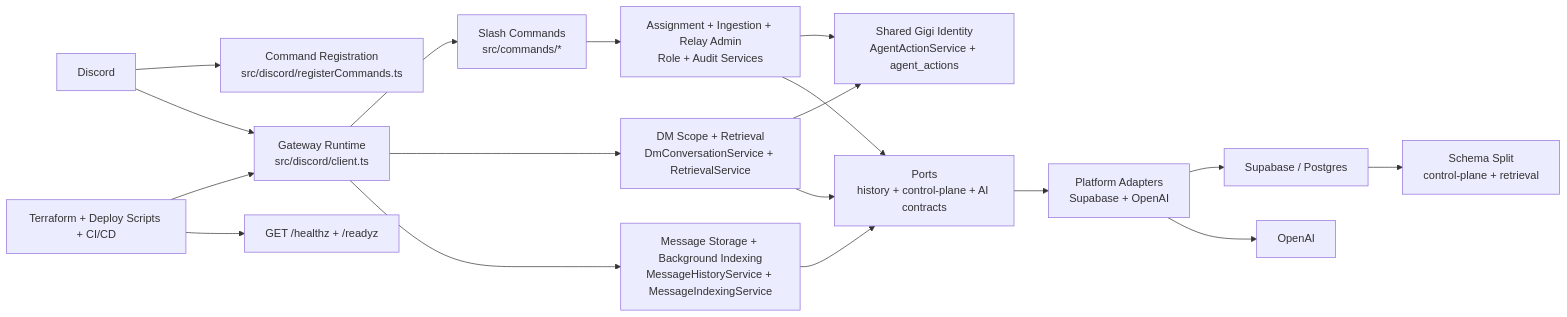
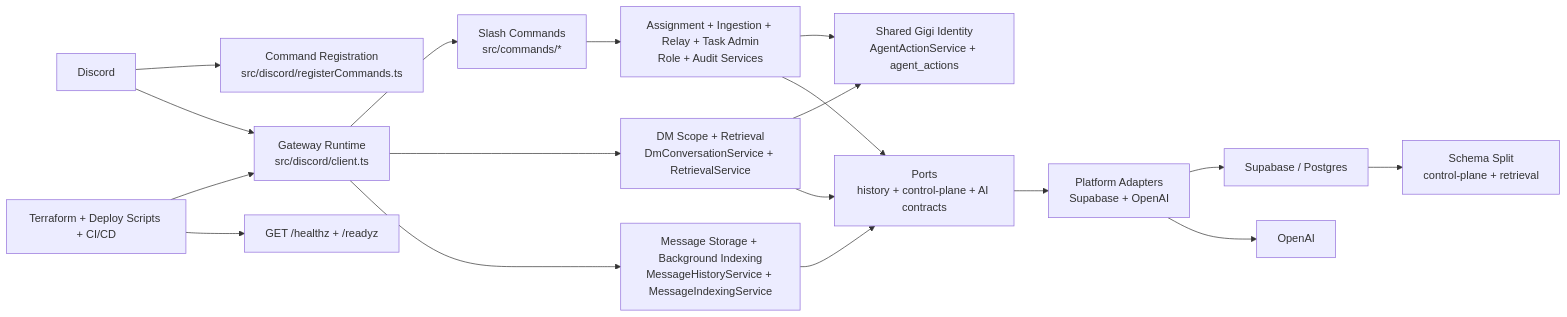
The diagram in docs/diagrams/system-overview.md (gOps132/GigiDC), drawn with Mermaid before and after one commit. The commit also changed other lines of this file and 18 other files, not shown here.

````diff
--- a/docs/diagrams/system-overview.md
+++ b/docs/diagrams/system-overview.md
@@ -5,35 +5,35 @@
 ```mermaid
 flowchart LR
   Discord["Discord"]
   Register["Command Registration<br/>src/discord/registerCommands.ts"]
   Gateway["Gateway Runtime<br/>src/discord/client.ts"]
   Commands["Slash Commands<br/>src/commands/*"]
   DMFlow["DM Scope + Retrieval<br/>DmConversationService + RetrievalService"]
   History["Message Storage + Background Indexing<br/>MessageHistoryService + MessageIndexingService"]
   SharedIdentity["Shared Gigi Identity<br/>AgentActionService + agent_actions"]
-  Admin["Assignment + Ingestion + Relay Admin<br/>Role + Audit Services"]
+  Admin["Assignment + Ingestion + Relay + Task Admin<br/>Role + Audit Services"]
   Ports["Ports<br/>history + control-plane + AI contracts"]
   Adapters["Platform Adapters<br/>Supabase + OpenAI"]
   DB["Supabase / Postgres"]
   Schema["Schema Split<br/>control-plane + retrieval"]
   Ops["Terraform + Deploy Scripts + CI/CD"]
   Health["GET /healthz + /readyz"]
 
   Discord --> Register
   Discord --> Gateway
   Gateway --> Commands
   Gateway --> DMFlow
   Gateway --> History
   DMFlow --> SharedIdentity
   Commands --> Admin
   Admin --> SharedIdentity
   Admin --> Ports
   DMFlow --> Ports
   History --> Ports
   Ports --> Adapters
   Adapters --> DB
   Adapters --> OpenAI["OpenAI"]
   DB --> Schema
   Ops --> Gateway
   Ops --> Health
 ```
````
